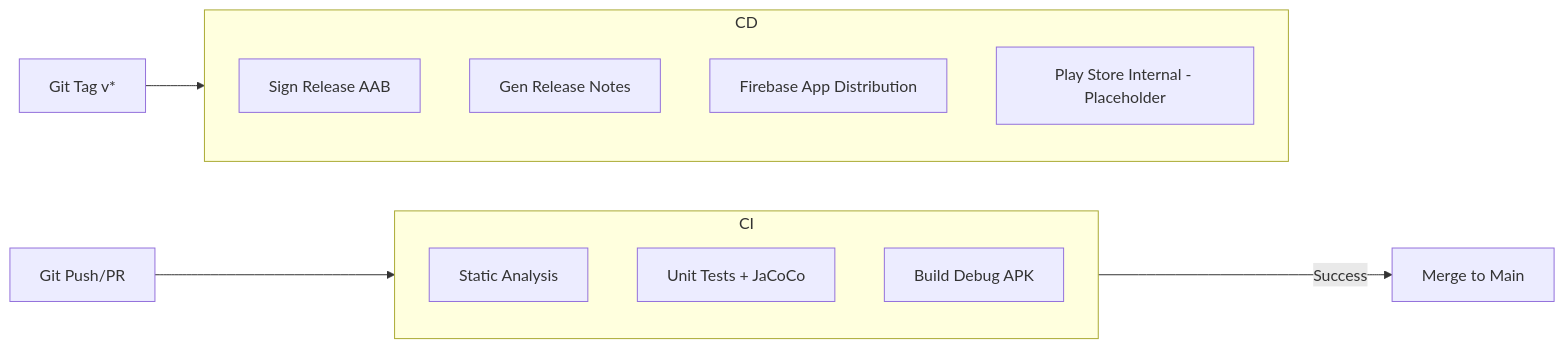
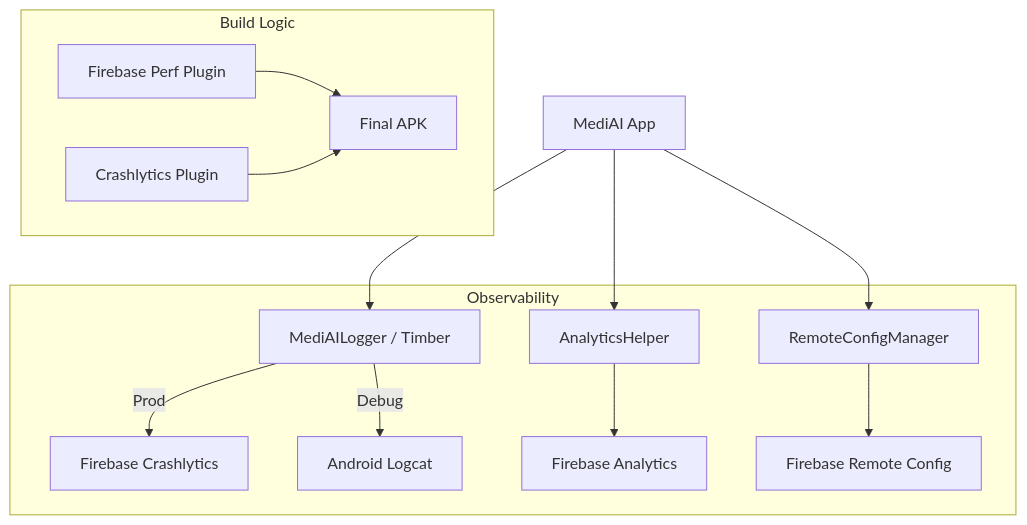
The diagram in .artifacts/4dc8775b-7ddf-49a0-b4e6-8fda79cbdfec/implementation_plan.artifact.md (KotlinFiroj/Ai-HealthCare-App), drawn with Mermaid before and after one commit. The commit also changed other lines of this file and 15 other files, not shown here.

Commit message:
Implement observability features with Firebase Analytics, Crashlytics, and Remote Config; add structured logging using Timber; update application initialization for logging and feature flags

````diff
--- a/.artifacts/4dc8775b-7ddf-49a0-b4e6-8fda79cbdfec/implementation_plan.artifact.md
+++ b/.artifacts/4dc8775b-7ddf-49a0-b4e6-8fda79cbdfec/implementation_plan.artifact.md
@@ -44,21 +53,18 @@
 ```mermaid
-graph LR
-    Push[Git Push/PR] --> CI[CI Pipeline]
+graph TD
+    App[MediAI App] --> Logger[MediAILogger / Timber]
+    App --> Analytics[AnalyticsHelper]
+    App --> RC[RemoteConfigManager]
 
-    subgraph CI
-        Lint[Static Analysis]
-        Test[Unit Tests + JaCoCo]
-        Build_Debug[Build Debug APK]
+    subgraph Observability
+        Logger -->|Prod| Crashlytics[Firebase Crashlytics]
+        Logger -->|Debug| Logcat[Android Logcat]
+        Analytics --> Firebase_Analytics[Firebase Analytics]
+        RC --> Firebase_RC[Firebase Remote Config]
     end
 
-    CI -->|Success| PR_Merge[Merge to Main]
-
-    Tag[Git Tag v*] --> CD[CD Pipeline]
-
-    subgraph CD
-        Sign[Sign Release AAB]
-        Notes[Gen Release Notes]
-        Firebase[Firebase App Distribution]
-        PlayStore[Play Store Internal - Placeholder]
+    subgraph Build Logic
+        Plugin_Perf[Firebase Perf Plugin] --> APK[Final APK]
+        Plugin_Crash[Crashlytics Plugin] --> APK
     end
 ```
````
